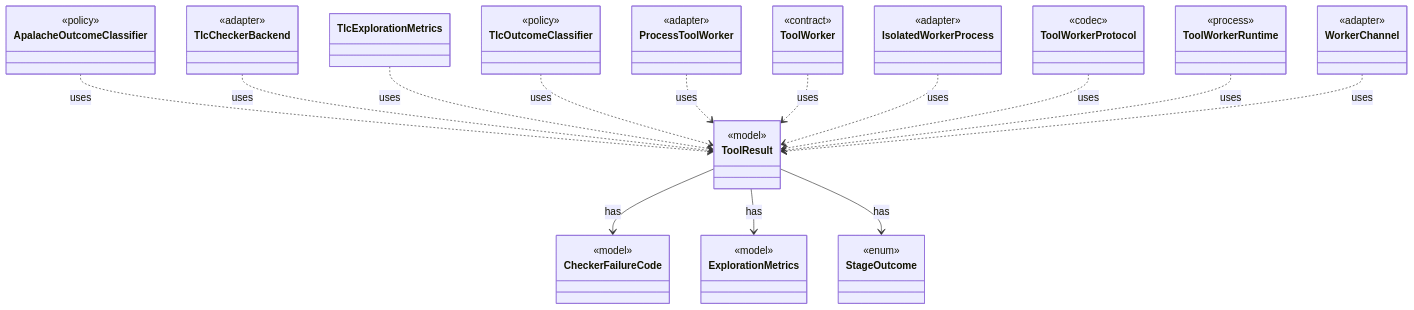
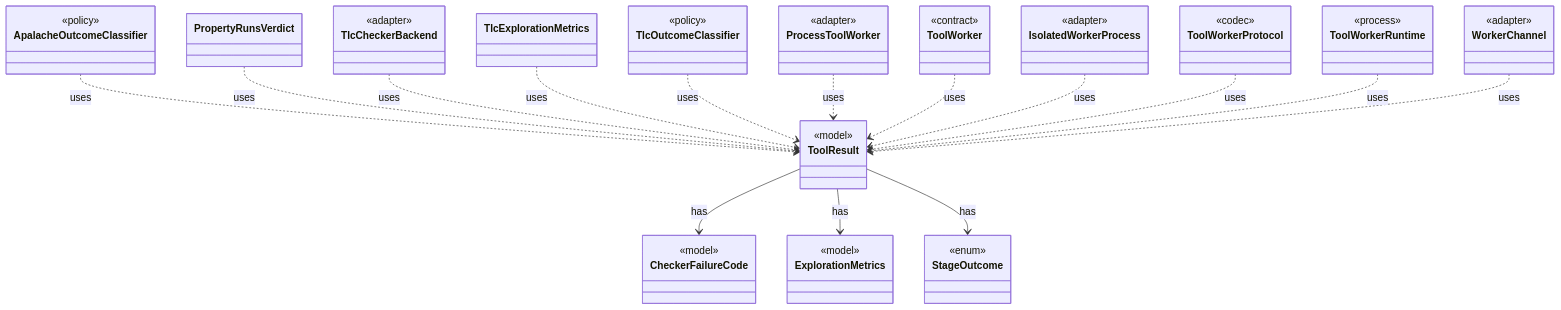
Before and after one commit to tlaplus/model-checker-hardening: the diagram in dev/types/io.github.tlaplus.hardening.workflow.worker.ToolResult.md, drawn with Mermaid. The commit also changed other lines of this file and 408 other files, not shown here.

````diff
--- a/dev/types/io.github.tlaplus.hardening.workflow.worker.ToolResult.md
+++ b/dev/types/io.github.tlaplus.hardening.workflow.worker.ToolResult.md
@@ -7,56 +7,58 @@
 ```mermaid
 classDiagram
   class ToolResult {
     <<model>>
   }
   class CheckerFailureCode {
     <<model>>
   }
   class ExplorationMetrics {
     <<model>>
   }
   class StageOutcome {
     <<enum>>
   }
   class ApalacheOutcomeClassifier {
     <<policy>>
   }
+  class PropertyRunsVerdict
   class TlcCheckerBackend {
     <<adapter>>
   }
   class TlcExplorationMetrics
   class TlcOutcomeClassifier {
     <<policy>>
   }
   class ProcessToolWorker {
     <<adapter>>
   }
   class ToolWorker {
     <<contract>>
   }
   class IsolatedWorkerProcess {
     <<adapter>>
   }
   class ToolWorkerProtocol {
     <<codec>>
   }
   class ToolWorkerRuntime {
     <<process>>
   }
   class WorkerChannel {
     <<adapter>>
   }
   ToolResult --> CheckerFailureCode : has
   ToolResult --> ExplorationMetrics : has
   ToolResult --> StageOutcome : has
   ApalacheOutcomeClassifier ..> ToolResult : uses
+  PropertyRunsVerdict ..> ToolResult : uses
   TlcCheckerBackend ..> ToolResult : uses
   TlcExplorationMetrics ..> ToolResult : uses
   TlcOutcomeClassifier ..> ToolResult : uses
   ProcessToolWorker ..> ToolResult : uses
   ToolWorker ..> ToolResult : uses
   IsolatedWorkerProcess ..> ToolResult : uses
   ToolWorkerProtocol ..> ToolResult : uses
   ToolWorkerRuntime ..> ToolResult : uses
   WorkerChannel ..> ToolResult : uses
 ```
````
